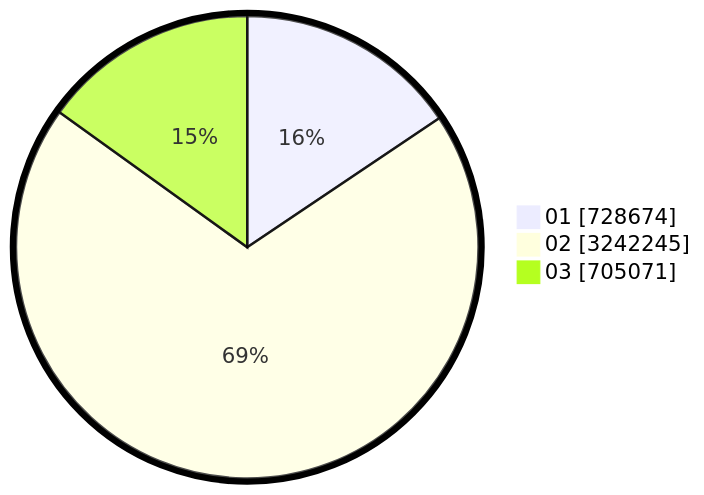
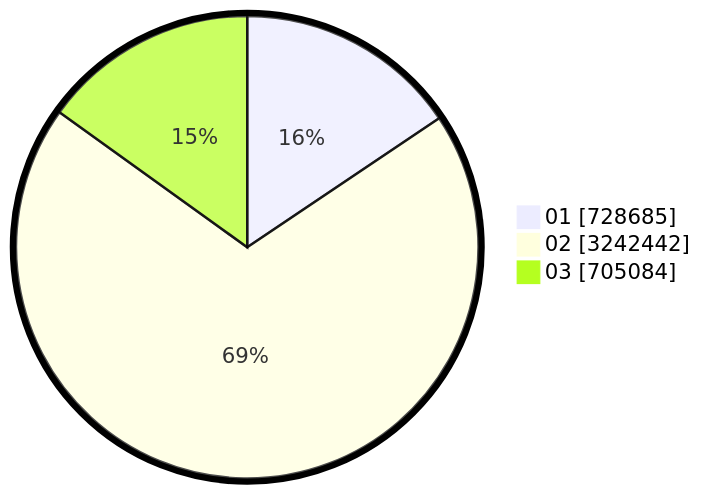
The second of 2 diagrams in pilpres/hitung-suara/sub/table-wilayah-18.md (gigit-pemilu/pemilu-2024), drawn with Mermaid before and after one commit. The commit also changed other lines of this file and 11 other files, not shown here.

````diff
--- a/pilpres/hitung-suara/sub/table-wilayah-18.md
+++ b/pilpres/hitung-suara/sub/table-wilayah-18.md
@@ -15,7 +15,7 @@
 ```mermaid
 %%{init: {"pie": {"textPosition": 0.5}, "themeVariables": {"pieOuterStrokeWidth": "5px"}} }%%
 pie showData
-    "01" : 728674
-    "02" : 3242245
-    "03" : 705071
+    "01" : 728685
+    "02" : 3242442
+    "03" : 705084
 ```
````
